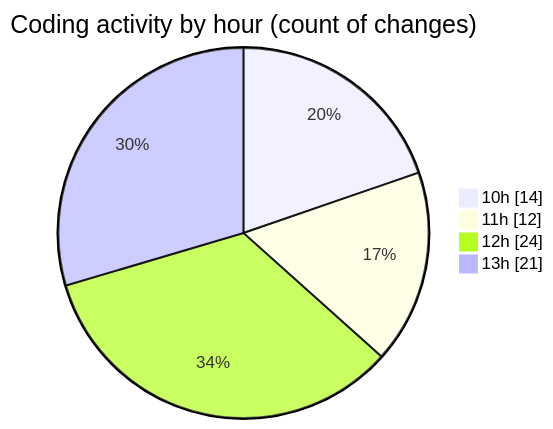
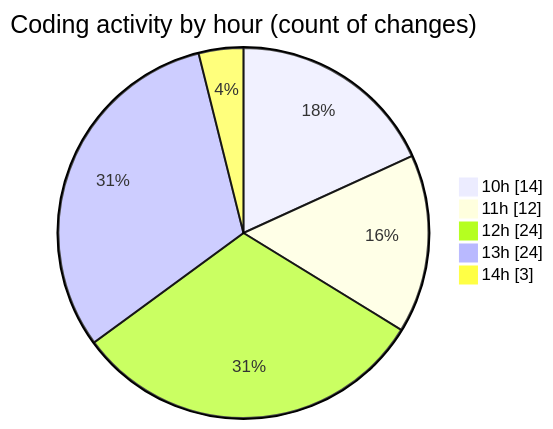
Before and after one commit to momahboobian/code-tracking: the second of 2 diagrams in 2025-09-29/cda/README.md, drawn with Mermaid. The commit also changed other lines of this file and 1 other file, not shown here.

````diff
--- a/2025-09-29/cda/README.md
+++ b/2025-09-29/cda/README.md
@@ -37,8 +38,9 @@
 ```mermaid
 pie showData
 title Coding activity by hour (count of changes)
 "10h" : 14
 "11h" : 12
 "12h" : 24
-"13h" : 21
+"13h" : 24
+"14h" : 3
 ```
````
